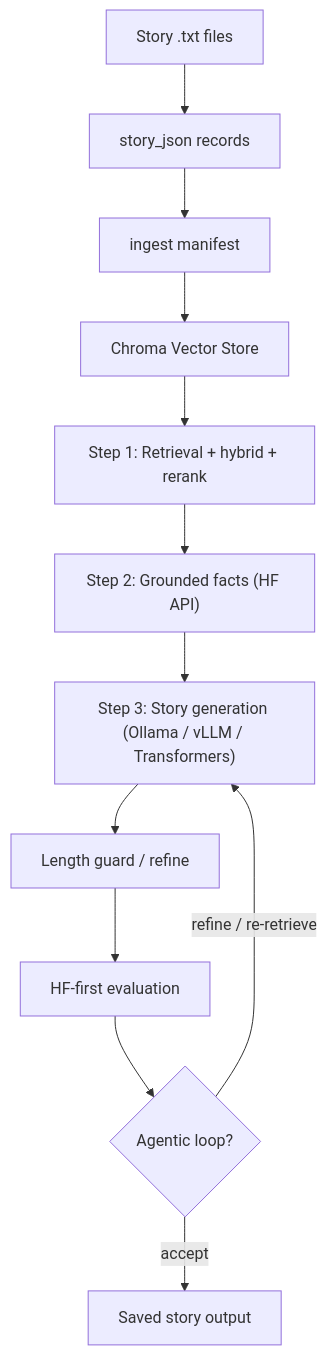
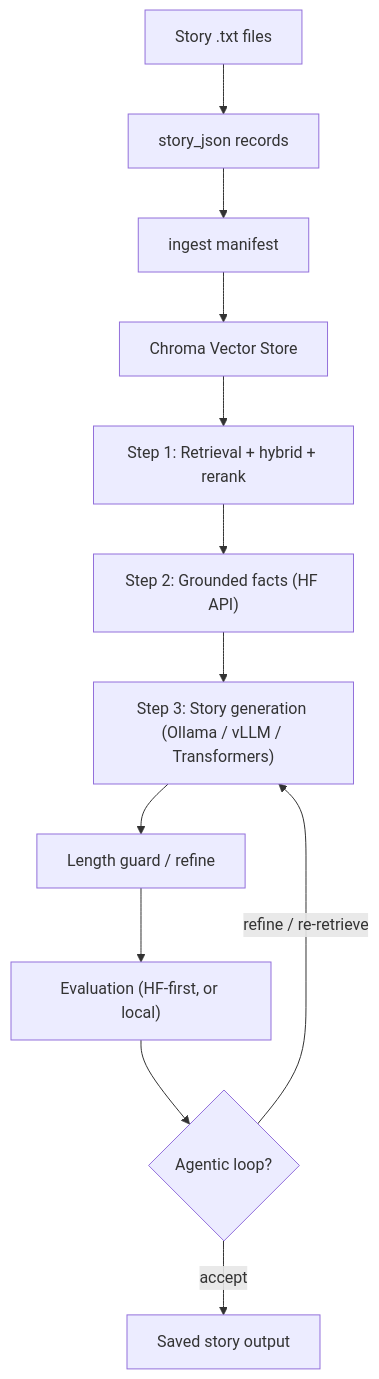
One commit to Nix-ml-journey/StoryForge-RAG changed the diagram in docs/README.md. Above: the diagram before and after it, drawn with Mermaid. The commit also changed other lines of this file and 29 other files, not shown here.

````diff
--- a/docs/README.md
+++ b/docs/README.md
@@ -9,14 +9,14 @@
 ```mermaid
 flowchart TD
     stories["Story .txt files"] --> storyJson["story_json records"]
     storyJson --> manifest["ingest manifest"]
     manifest --> vectorStore["Chroma Vector Store"]
     vectorStore --> retrieval["Step 1: Retrieval + hybrid + rerank"]
     retrieval --> extraction["Step 2: Grounded facts (HF API)"]
     extraction --> generation["Step 3: Story generation (Ollama / vLLM / Transformers)"]
     generation --> lengthGuard["Length guard / refine"]
-    lengthGuard --> evaluation["HF-first evaluation"]
+    lengthGuard --> evaluation["Evaluation (HF-first, or local)"]
     evaluation --> agentic{"Agentic loop?"}
     agentic -->|refine / re-retrieve| generation
     agentic -->|accept| outputs["Saved story output"]
 ```
````
